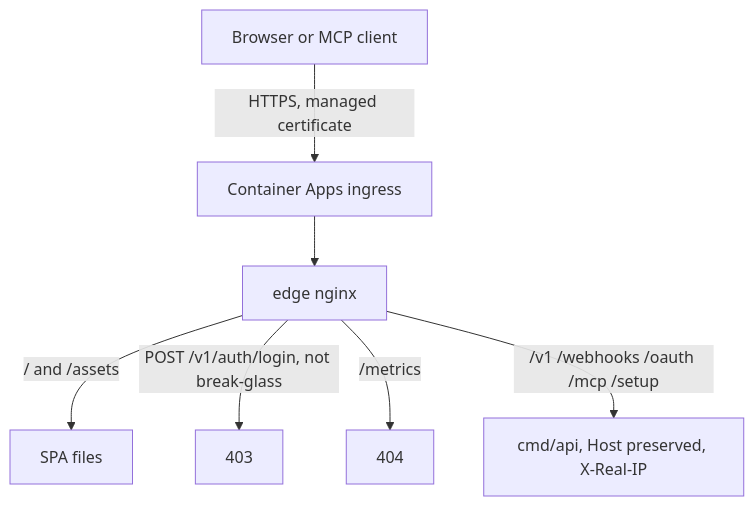
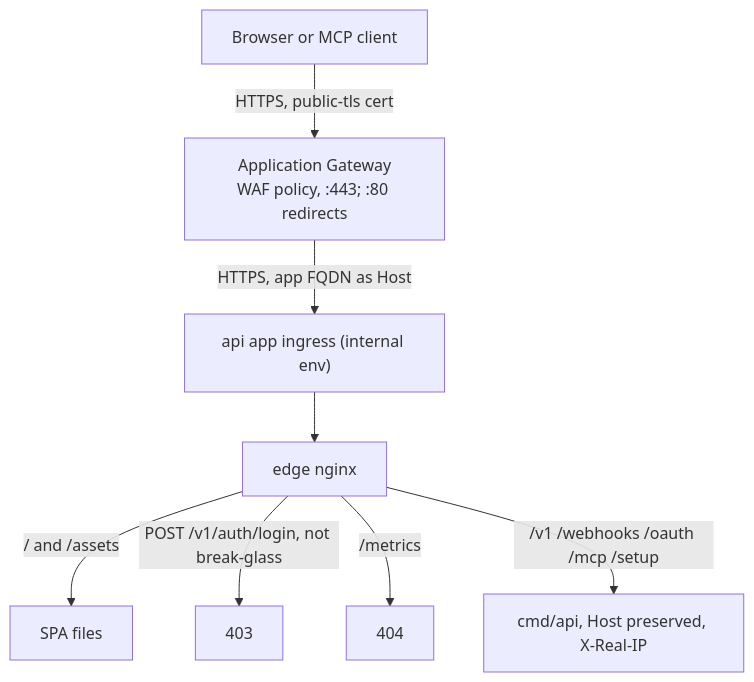
The first of 2 diagrams in deploy/production/azure/docs/architecture.md (margince/template), drawn with Mermaid before and after one commit. The commit also changed other lines of this file and 70 other files, not shown here.

````diff
--- a/deploy/production/azure/docs/architecture.md
+++ b/deploy/production/azure/docs/architecture.md
@@ -92,9 +42,10 @@
 ```mermaid
 flowchart TD
-  C["Browser or MCP client"] -->|HTTPS, managed certificate| I["Container Apps ingress"]
+  C["Browser or MCP client"] -->|"HTTPS, public-tls cert"| GW["Application Gateway<br/>WAF policy, :443; :80 redirects"]
+  GW -->|"HTTPS, app FQDN as Host"| I["api app ingress (internal env)"]
   I --> E["edge nginx"]
   E -->|"/ and /assets"| SPA["SPA files"]
   E -->|"POST /v1/auth/login, not break-glass"| X["403"]
   E -->|"/metrics"| N["404"]
   E -->|"/v1 /webhooks /oauth /mcp /setup"| A["cmd/api, Host preserved, X-Real-IP"]
 ```
````
